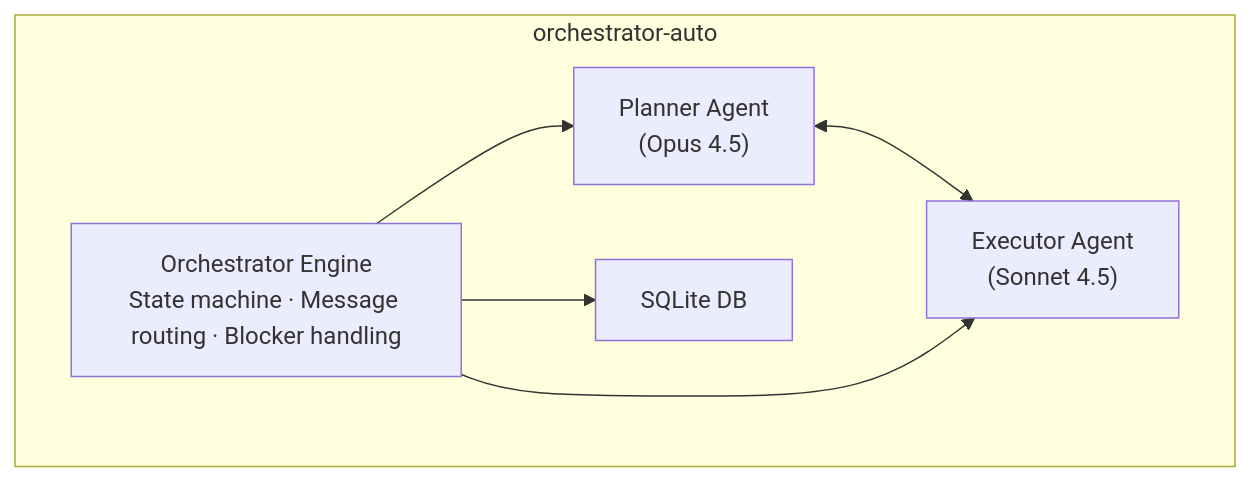
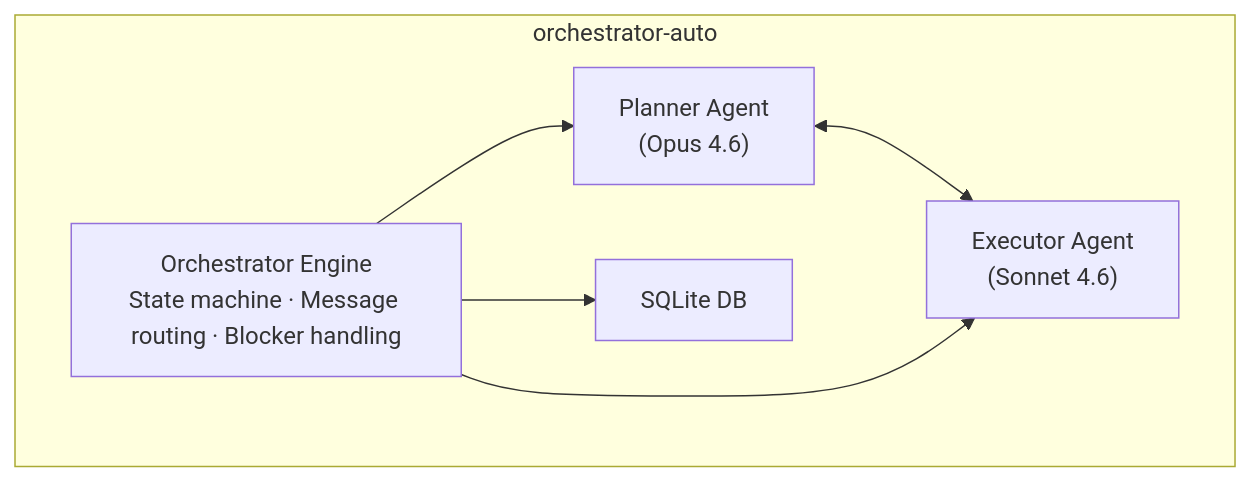
Before and after one commit to ailabph/claude-ai-workflows: the first of 2 diagrams in orchestrator-auto/README.md, drawn with Mermaid. The commit also changed other lines of this file, not shown here.

````diff
--- a/orchestrator-auto/README.md
+++ b/orchestrator-auto/README.md
@@ -86,10 +86,10 @@
 ```mermaid
 graph TD
     subgraph orchestrator-auto
-        Planner["Planner Agent<br/>(Opus 4.5)"] <--> Executor["Executor Agent<br/>(Sonnet 4.5)"]
+        Planner["Planner Agent<br/>(Opus 4.6)"] <--> Executor["Executor Agent<br/>(Sonnet 4.6)"]
         Engine["Orchestrator Engine<br/>State machine · Message routing · Blocker handling"]
         Engine --> Planner
         Engine --> Executor
         Engine --> DB["SQLite DB"]
     end
 ```
````
